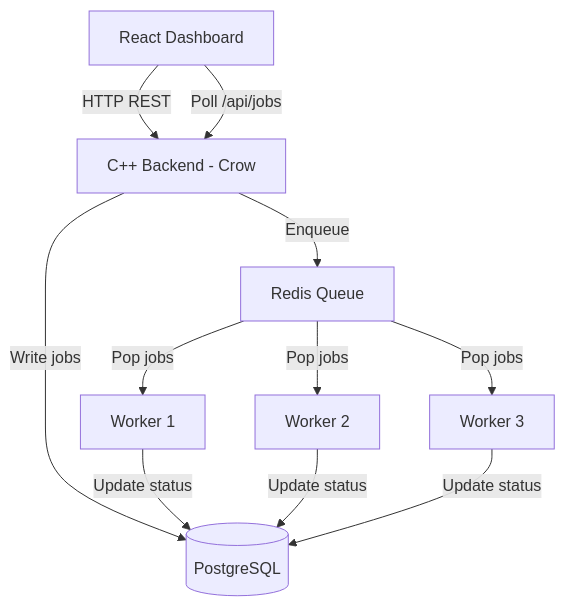
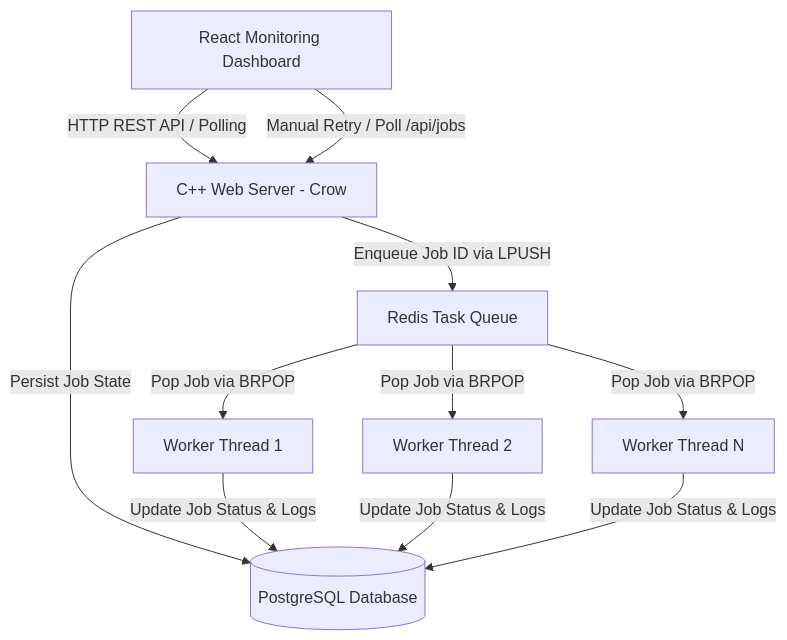
The diagram in README.md (Krish2600/distributed-job-orchestrator), drawn with Mermaid before and after one commit. The commit also changed other lines of this file, not shown here.

Commit message:
docs: update README with modern design and architecture details

````diff
--- a/README.md
+++ b/README.md
@@ -11,13 +46,13 @@
 ```mermaid
 graph TD
-    A[React Dashboard] -->|HTTP REST| B[C++ Backend - Crow]
-    B -->|Write jobs| C[(PostgreSQL)]
-    B -->|Enqueue| D[Redis Queue]
-    D -->|Pop jobs| E[Worker 1]
-    D -->|Pop jobs| F[Worker 2]
-    D -->|Pop jobs| G[Worker 3]
-    E -->|Update status| C
-    F -->|Update status| C
-    G -->|Update status| C
-    A -->|Poll /api/jobs| B
+    A[React Monitoring Dashboard] -->|HTTP REST API / Polling| B[C++ Web Server - Crow]
+    B -->|Persist Job State| C[(PostgreSQL Database)]
+    B -->|Enqueue Job ID via LPUSH| D[Redis Task Queue]
+    D -->|Pop Job via BRPOP| E[Worker Thread 1]
+    D -->|Pop Job via BRPOP| F[Worker Thread 2]
+    D -->|Pop Job via BRPOP| G[Worker Thread N]
+    E -->|Update Job Status & Logs| C
+    F -->|Update Job Status & Logs| C
+    G -->|Update Job Status & Logs| C
+    A -->|Manual Retry / Poll /api/jobs| B
 ```
````
